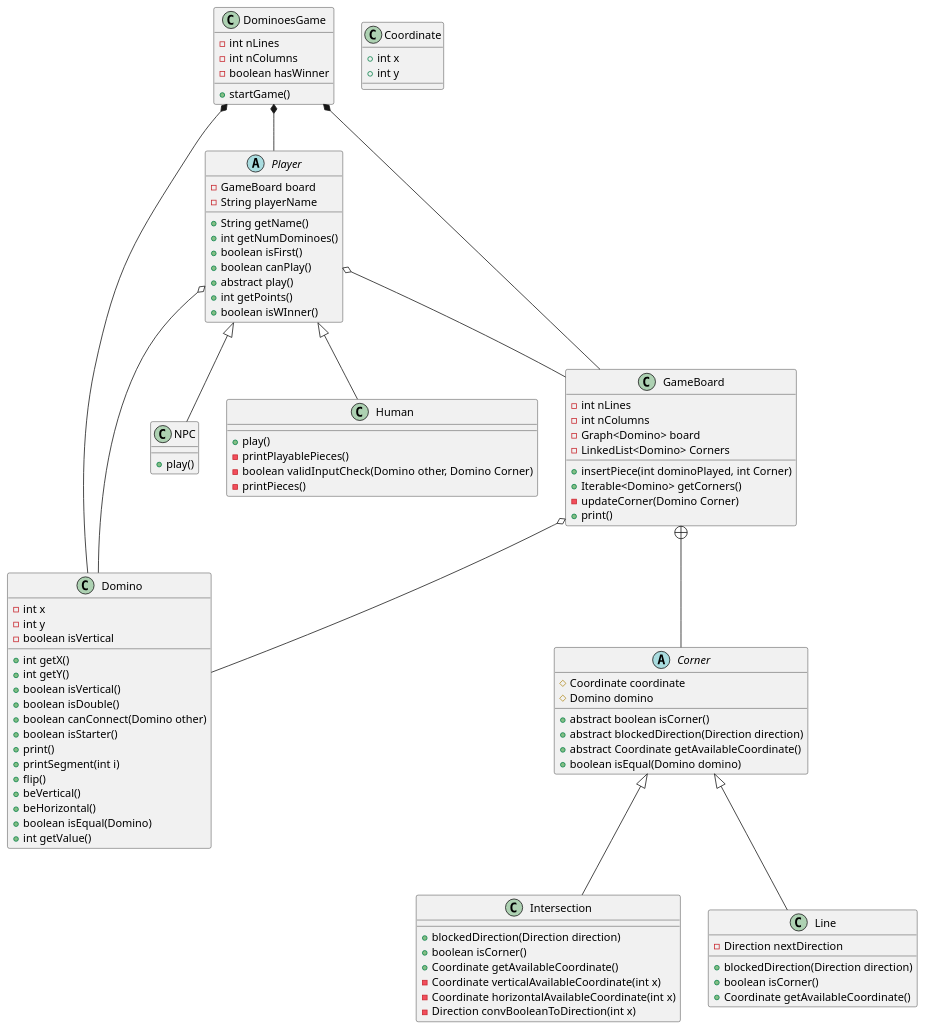
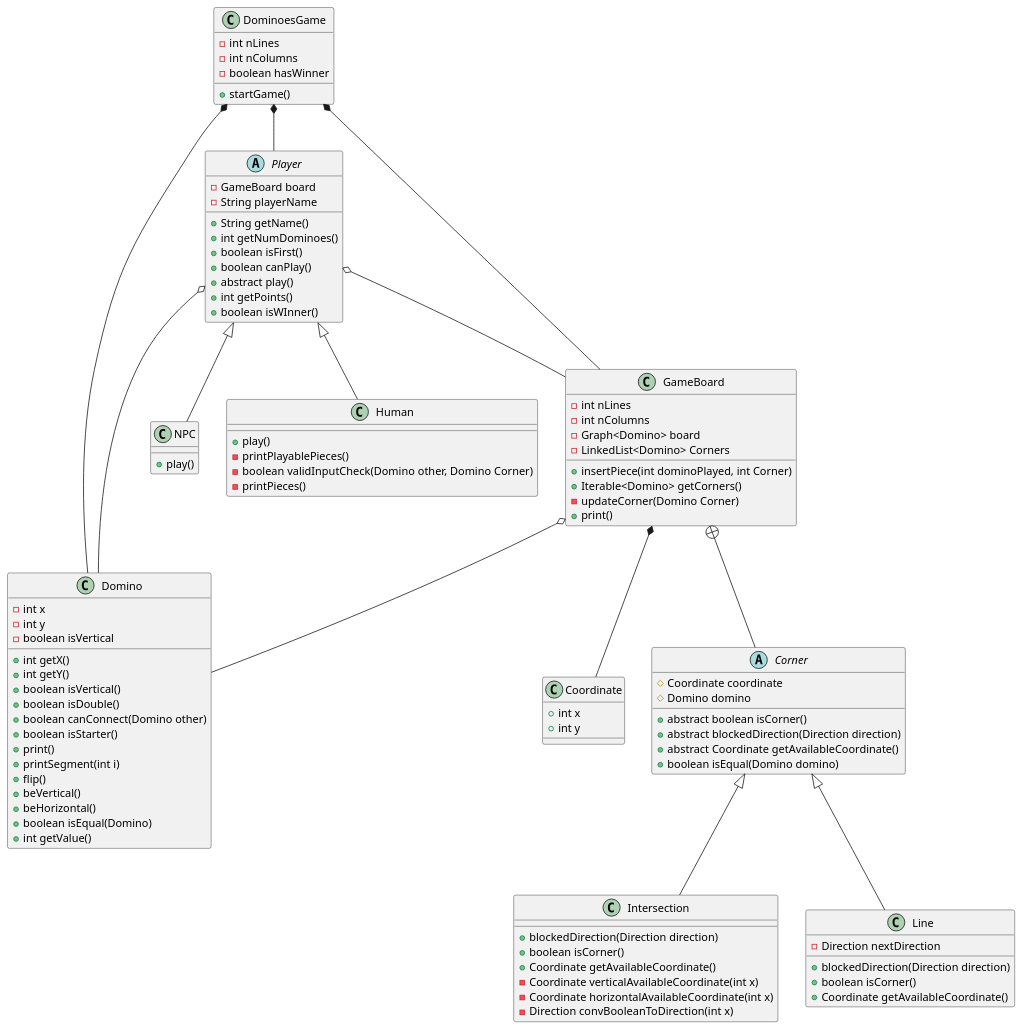
One commit to afonsoflou/DominoPOO changed the diagram in src/DominoUML.puml. Above: the diagram before and after it, drawn with PlantUML.

Commit message:
Human Fixes

```diff
--- a/src/DominoUML.puml
+++ b/src/DominoUML.puml
@@ -1,113 +1,114 @@
 @startuml
 
 class Domino {
     - int x
     - int y
     - boolean isVertical
 
     + int getX()
     + int getY()
     + boolean isVertical()
     + boolean isDouble()
     + boolean canConnect(Domino other)
     + boolean isStarter()
     + print()
     + printSegment(int i)
     + flip()
     + beVertical()
     + beHorizontal()
     + boolean isEqual(Domino)
     + int getValue()
 }
 
 class GameBoard {
     - int nLines
     - int nColumns
     - Graph<Domino> board
     - LinkedList<Domino> Corners
 
     + insertPiece(int dominoPlayed, int Corner)
     + Iterable<Domino> getCorners()
     - updateCorner(Domino Corner)
     + print()
 }
 
 abstract class Player {
     - GameBoard board
     - String playerName
 
     + String getName()
     + int getNumDominoes()
     + boolean isFirst()
     + boolean canPlay()
     + abstract play()
     + int getPoints()
     + boolean isWInner()
 }
 
 class DominoesGame {
     - int nLines
     - int nColumns
     - boolean hasWinner
     + startGame()
 }
 
 class Human {
 
     + play()
     - printPlayablePieces()
     - boolean validInputCheck(Domino other, Domino Corner)
     - printPieces()
 }
 
 class NPC {
 
     + play()
 }
 
 class Coordinate{
     +int x
     +int y
 }
 
 abstract class Corner{
     #Coordinate coordinate
     #Domino domino
 
     +abstract boolean isCorner()
     +abstract blockedDirection(Direction direction)
     +abstract Coordinate getAvailableCoordinate()
     +boolean isEqual(Domino domino)
 }
 
 class Intersection{
  + blockedDirection(Direction direction)
  + boolean isCorner()
  + Coordinate getAvailableCoordinate()
  - Coordinate verticalAvailableCoordinate(int x)
  - Coordinate horizontalAvailableCoordinate(int x)
  - Direction convBooleanToDirection(int x)
 }
 
 class Line{
   -Direction nextDirection
 
   + blockedDirection(Direction direction)
   + boolean isCorner()
   + Coordinate getAvailableCoordinate()
 }
 
 
 DominoesGame *-- Domino
 DominoesGame *-- GameBoard
 DominoesGame *-- Player
+GameBoard *-- Coordinate
 GameBoard o-- Domino
 Player o-- Domino
 Player o-- GameBoard
 Player <|-- Human
 Player <|--NPC
 Corner <|-- Intersection
 Corner <|-- Line
 GameBoard +-- Corner
 
 @enduml
```
